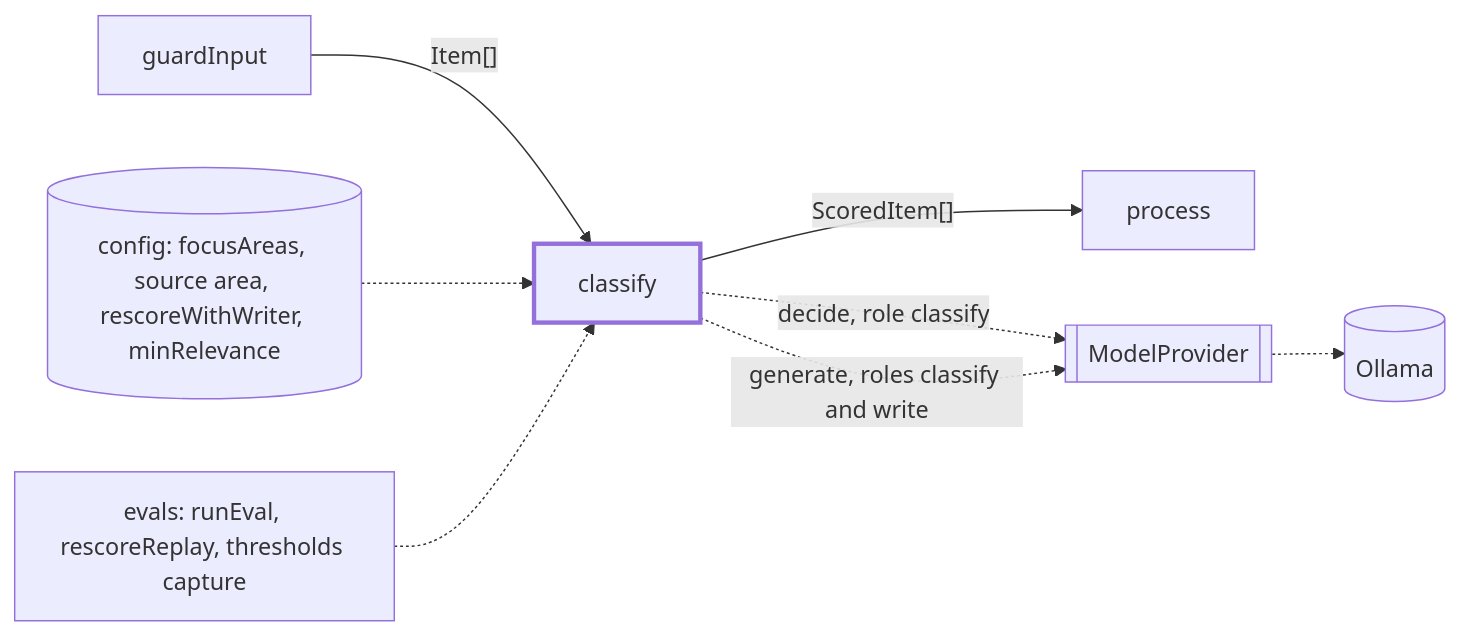
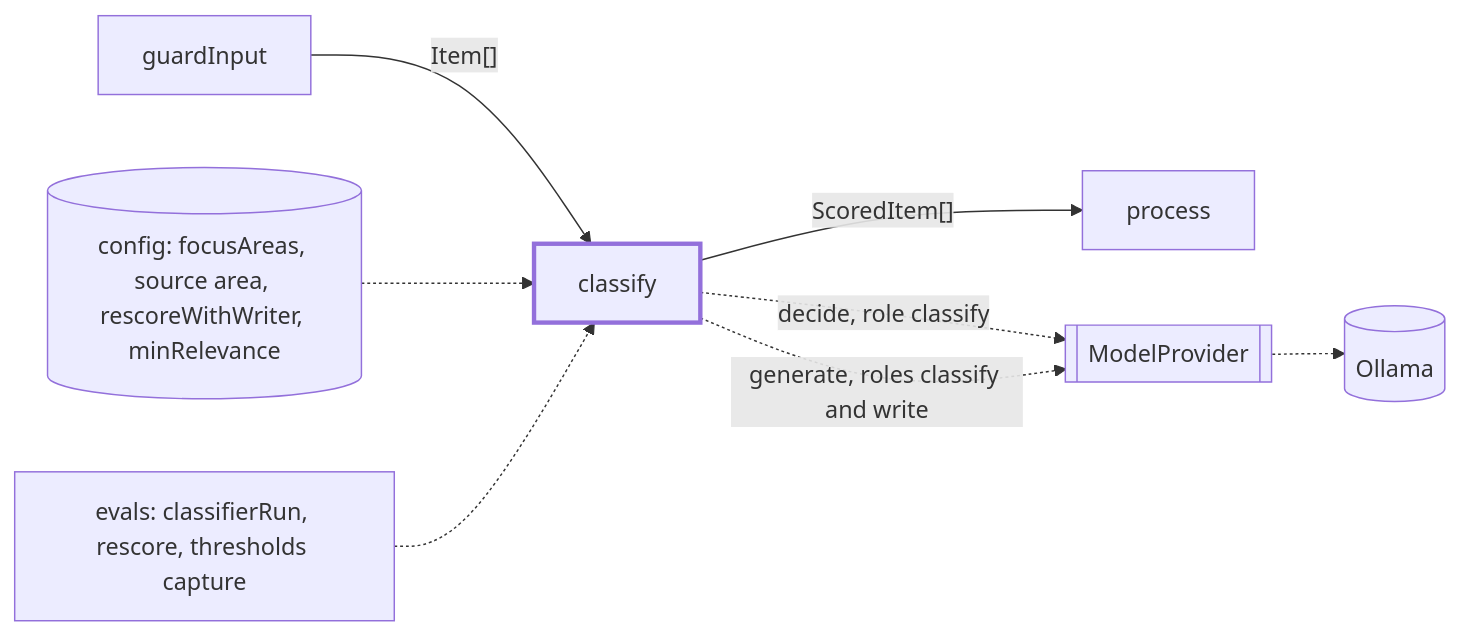
One commit to odere-pro/weekly-engineering-digest-agent changed the first of 2 diagrams in src/classify/CLAUDE.md. Above: the diagram before and after it, drawn with Mermaid. The commit also changed other lines of this file and 119 other files, not shown here.

````diff
--- a/src/classify/CLAUDE.md
+++ b/src/classify/CLAUDE.md
@@ -9,10 +9,10 @@
 ```mermaid
 flowchart LR
   guardInput -->|"Item[]"| classify:::focus -->|"ScoredItem[]"| process
   cfg[("config: focusAreas, source area, rescoreWithWriter, minRelevance")] -.-> classify
   classify -.->|"decide, role classify"| mp[[ModelProvider]]
   classify -.->|"generate, roles classify and write"| mp
   mp -.-> ollama[(Ollama)]
-  evals["evals: runEval, rescoreReplay, thresholds capture"] -.-> classify
+  evals["evals: classifierRun, rescore, thresholds capture"] -.-> classify
   classDef focus stroke-width:3px
 ```
````
